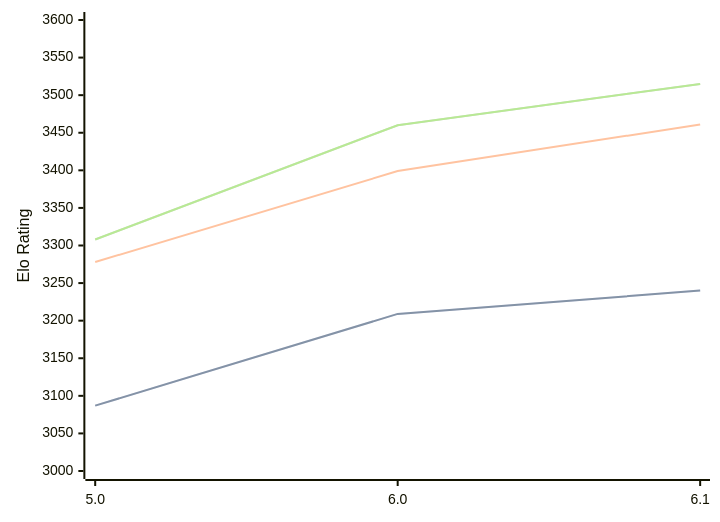
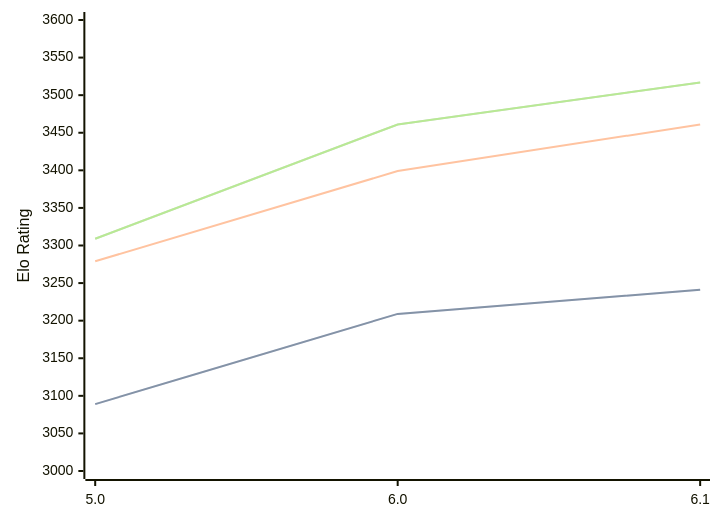
Before and after one commit to computer-chess-index/cci: the diagram in engines/PZChessBot.md, drawn with Mermaid. The commit also changed other lines of this file, not shown here.

Commit message:
Update CCI Ratings (ELO VLTC) - 2026-05-01

````diff
--- a/engines/PZChessBot.md
+++ b/engines/PZChessBot.md
@@ -42,11 +42,11 @@
 ```mermaid
 %%{init: {"theme":"base","themeVariables":{"seriesColors:['#a3a3a3','#222221','#faa371']}}}%%
 xychart-beta
   x-axis ["5.0", "6.0", "6.1"]
   y-axis "Elo Rating" 3000 --> 3600
-  line "STC (8.0+0.08s)" [3087, 3209, 3240]
-  line "STC (8.0+0.08s)" [3087, 3209, 3240]
-  line "LTC (60.0+0.60s)" [3278, 3399, 3461]
-  line "VLTC (2m24s+1.12s)" [3308, 3460, 3515]
-  line "VLTC (2m24s+1.12s)" [3308, 3460, 3515]
+  line "STC (8.0+0.08s)" [3089, 3209, 3241]
+  line "STC (8.0+0.08s)" [3089, 3209, 3241]
+  line "LTC (60.0+0.60s)" [3279, 3399, 3461]
+  line "VLTC (2m24s+1.12s)" [3309, 3461, 3517]
+  line "VLTC (2m24s+1.12s)" [3309, 3461, 3517]
 ```
````
